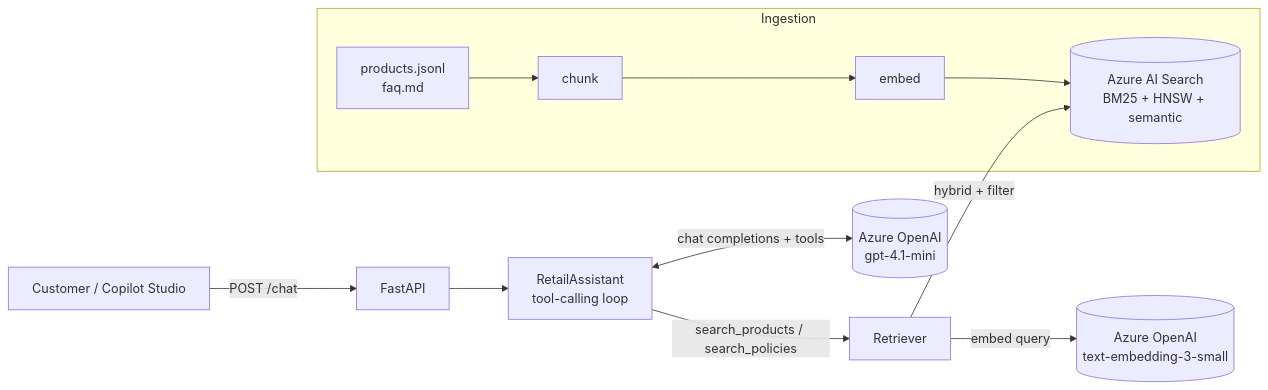
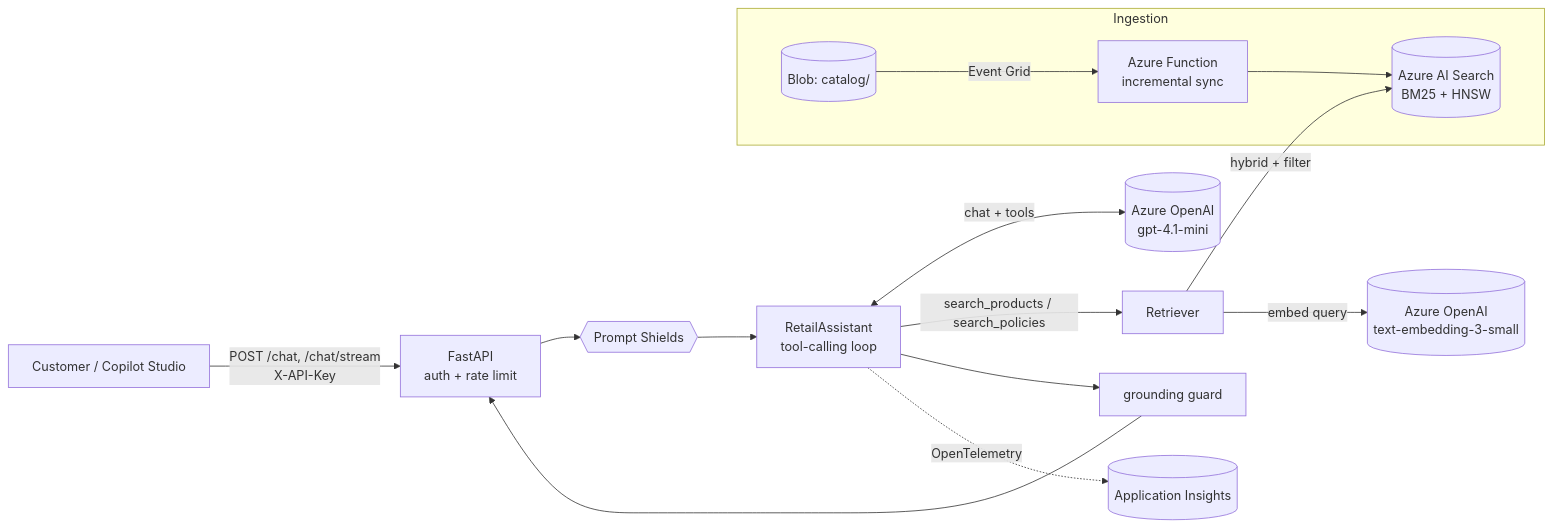
The diagram in README.md (orhansonmeztr/retail-rag-assistant), drawn with Mermaid before and after one commit. The commit also changed other lines of this file and 6 other files, not shown here.

````diff
--- a/README.md
+++ b/README.md
@@ -25,12 +26,15 @@
 ```mermaid
 flowchart LR
-    U[Customer / Copilot Studio] -->|POST /chat| API[FastAPI]
-    API --> AG[RetailAssistant<br/>tool-calling loop]
-    AG <-->|chat completions + tools| AOAI[(Azure OpenAI<br/>gpt-4.1-mini)]
+    U[Customer / Copilot Studio] -->|POST /chat, /chat/stream<br/>X-API-Key| API[FastAPI<br/>auth + rate limit]
+    API --> PS{{Prompt Shields}}
+    PS --> AG[RetailAssistant<br/>tool-calling loop]
+    AG <-->|chat + tools| AOAI[(Azure OpenAI<br/>gpt-4.1-mini)]
     AG -->|search_products / search_policies| R[Retriever]
     R -->|embed query| EMB[(Azure OpenAI<br/>text-embedding-3-small)]
-    R -->|hybrid + filter| AIS[(Azure AI Search<br/>BM25 + HNSW + semantic)]
+    R -->|hybrid + filter| AIS[(Azure AI Search<br/>BM25 + HNSW)]
+    AG --> GG[grounding guard] --> API
+    AG -.->|OpenTelemetry| AI[(Application Insights)]
     subgraph Ingestion
-      D[products.jsonl<br/>faq.md] --> CH[chunk] --> EMB2[embed] --> AIS
+      BL[(Blob: catalog/)] -->|Event Grid| FN[Azure Function<br/>incremental sync] --> AIS
     end
 ```
````
